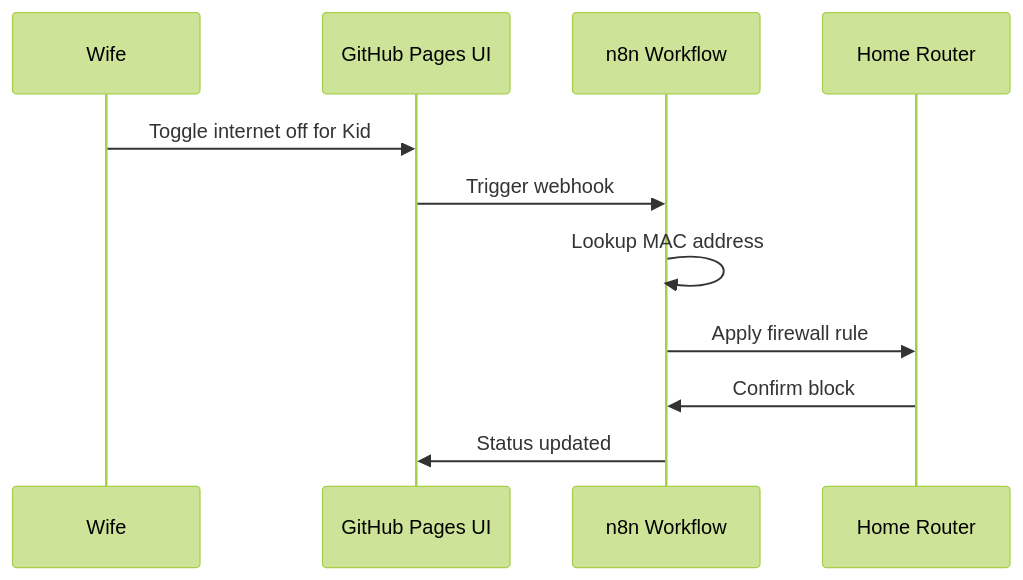
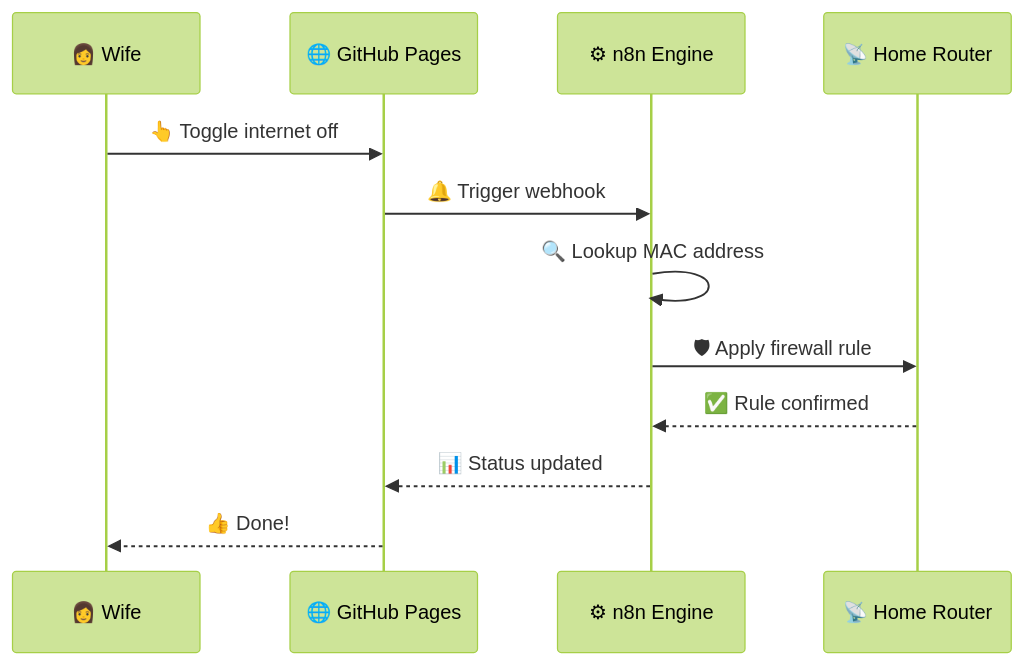
One commit to rifaterdemsahin/fal.ai changed the diagram in 3_Simulation/2026-02-15/output/diagram_MM_08_scene_8_-_bespoke_logic_n8n.md. Above: the diagram before and after it, drawn with Mermaid (forest theme). The commit also changed other lines of this file and 22 other files, not shown here.

Commit message:
diagram with images

````diff
--- a/3_Simulation/2026-02-15/output/diagram_MM_08_scene_8_-_bespoke_logic_n8n.md
+++ b/3_Simulation/2026-02-15/output/diagram_MM_08_scene_8_-_bespoke_logic_n8n.md
@@ -6,14 +7,15 @@
 ```mermaid
 sequenceDiagram
-    participant Wife as Wife
-    participant UI as GitHub Pages UI
-    participant N8N as n8n Workflow
-    participant Router as Home Router
+    participant Wife as 👩 Wife
+    participant UI as 🌐 GitHub Pages
+    participant N8N as ⚙ n8n Engine
+    participant Router as 📡 Home Router
 
-    Wife->>UI: Toggle internet off for Kid
-    UI->>N8N: Trigger webhook
-    N8N->>N8N: Lookup MAC address
-    N8N->>Router: Apply firewall rule
-    Router->>N8N: Confirm block
-    N8N->>UI: Status updated
+    Wife->>UI: 👆 Toggle internet off
+    UI->>N8N: 🔔 Trigger webhook
+    N8N->>N8N: 🔍 Lookup MAC address
+    N8N->>Router: 🛡 Apply firewall rule
+    Router-->>N8N: ✅ Rule confirmed
+    N8N-->>UI: 📊 Status updated
+    UI-->>Wife: 👍 Done!
 ```
````
